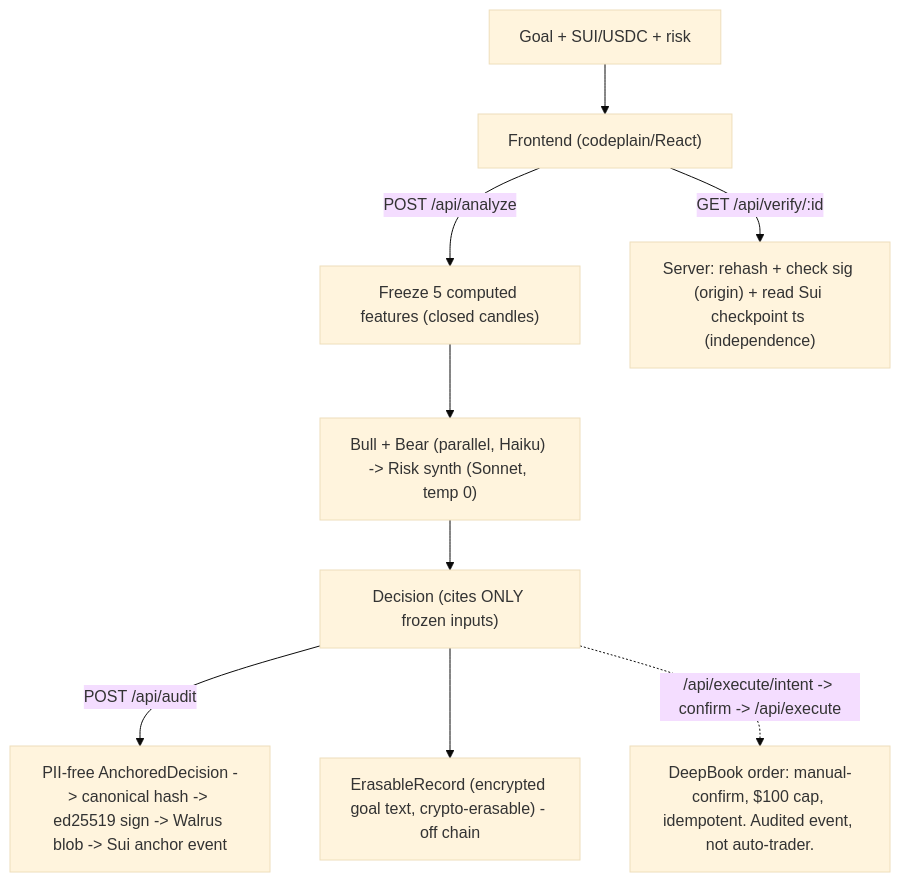
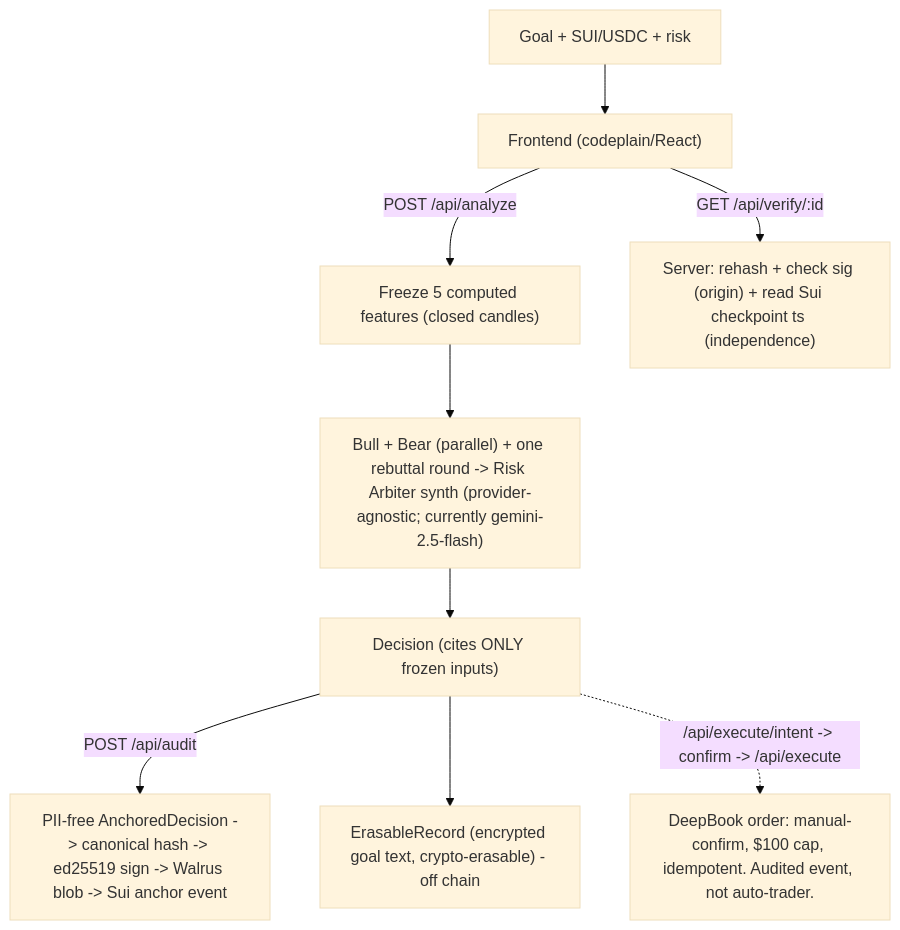
The diagram in SPEC.md (supawichza40/glassbox), drawn with Mermaid (base theme) before and after one commit. The commit also changed other lines of this file and 7 other files, not shown here.

````diff
--- a/SPEC.md
+++ b/SPEC.md
@@ -23,11 +32,11 @@
 ```mermaid
 flowchart TD
   A["Goal + SUI/USDC + risk"] --> B["Frontend (codeplain/React)"]
   B -->|POST /api/analyze| C["Freeze 5 computed features (closed candles)"]
-  C --> D["Bull + Bear (parallel, Haiku) -> Risk synth (Sonnet, temp 0)"]
+  C --> D["Bull + Bear (parallel) + one rebuttal round -> Risk Arbiter synth (provider-agnostic; currently gemini-2.5-flash)"]
   D --> E["Decision (cites ONLY frozen inputs)"]
   E -->|POST /api/audit| F["PII-free AnchoredDecision -> canonical hash -> ed25519 sign -> Walrus blob -> Sui anchor event"]
   E --> G["ErasableRecord (encrypted goal text, crypto-erasable) - off chain"]
   B -->|GET /api/verify/:id| H["Server: rehash + check sig (origin) + read Sui checkpoint ts (independence)"]
   E -.->|/api/execute/intent -> confirm -> /api/execute| I["DeepBook order: manual-confirm, $100 cap, idempotent. Audited event, not auto-trader."]
 ```
````
